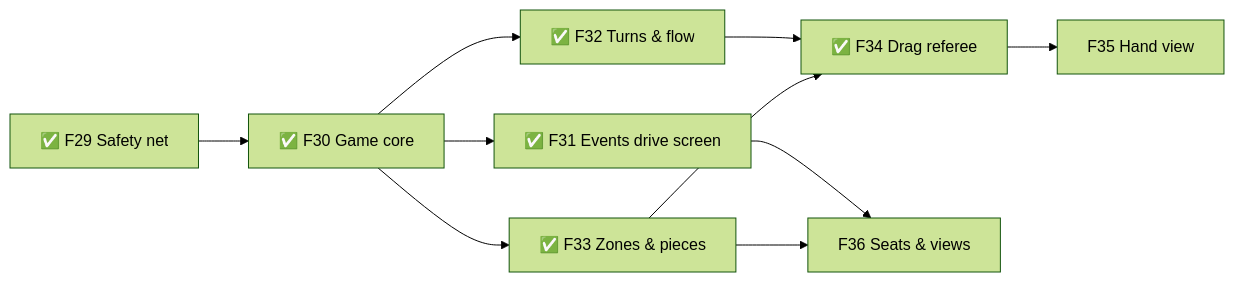
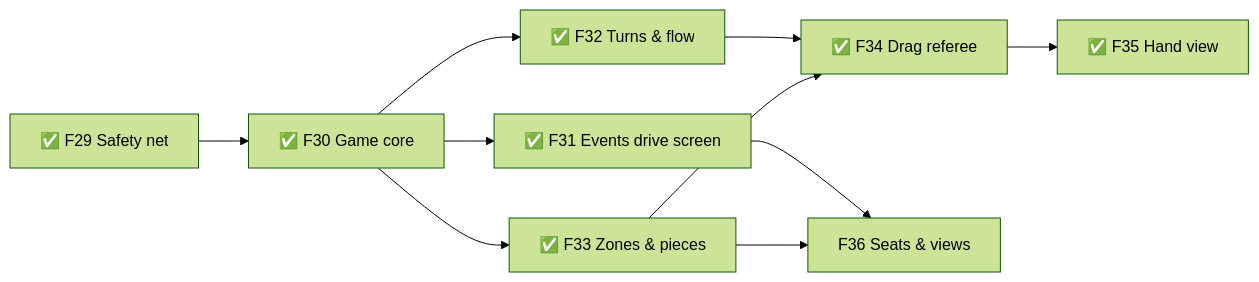
One commit to TheBlueMuzzy/glyphtender changed the sixth of 6 diagrams in .planning/ROADMAP.md. Above: the diagram before and after it, drawn with Mermaid (forest theme). The commit also changed other lines of this file and 4 other files, not shown here.

````diff
--- a/.planning/ROADMAP.md
+++ b/.planning/ROADMAP.md
@@ -123,12 +123,12 @@
 ```mermaid
 flowchart LR
   F29[✅ F29 Safety net] --> F30[✅ F30 Game core]
   F30 --> F31[✅ F31 Events drive screen]
   F30 --> F32[✅ F32 Turns & flow]
   F30 --> F33[✅ F33 Zones & pieces]
   F32 --> F34[✅ F34 Drag referee]
   F33 --> F34
-  F34 --> F35[F35 Hand view]
+  F34 --> F35[✅ F35 Hand view]
   F31 --> F36[F36 Seats & views]
   F33 --> F36
 ```
````
